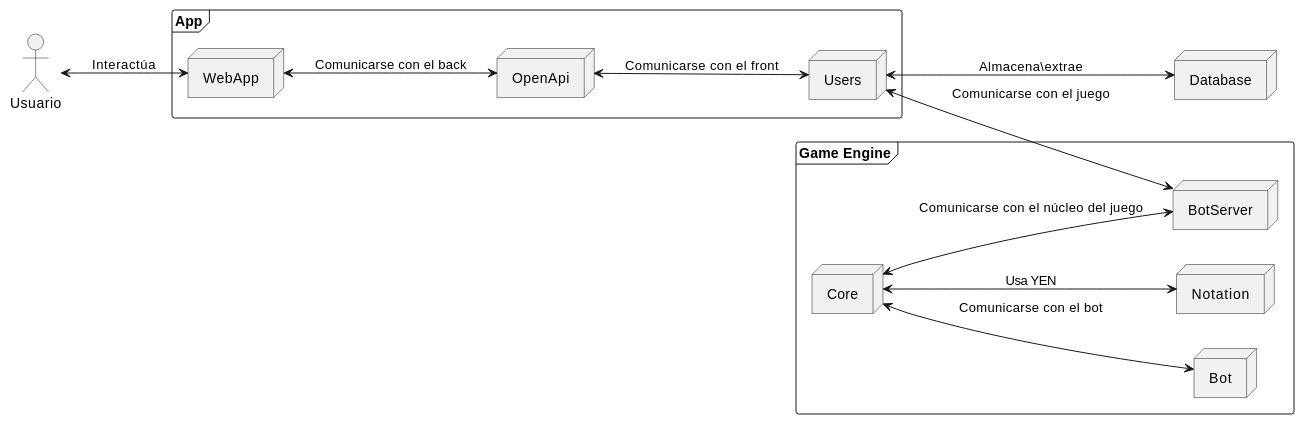
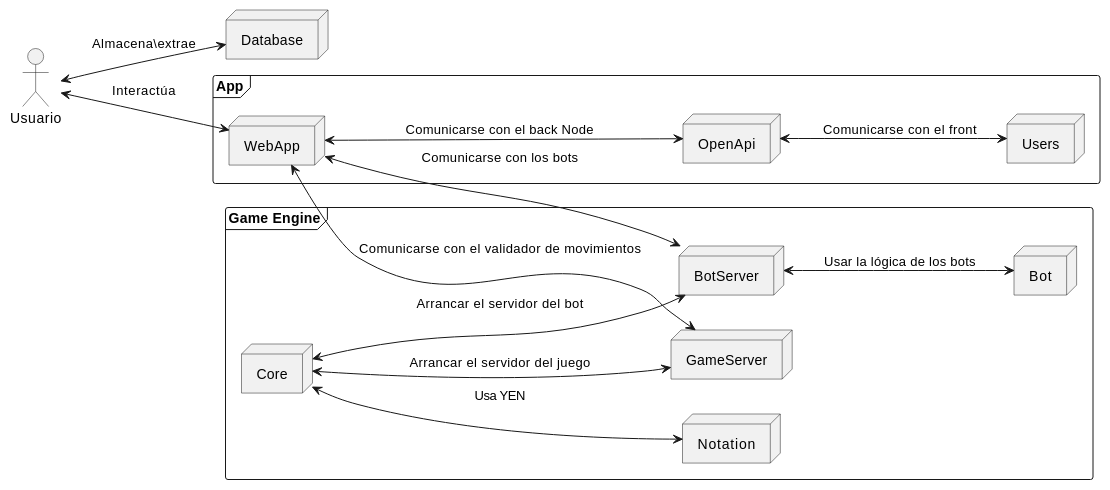
The second of 2 diagrams in docs/src/05_building_block_view.adoc (Arquisoft/yovi_es5a), drawn with PlantUML before and after one commit. The commit also changed other lines of this file and 1 other file, not shown here.

Commit message:
Correcciones de los puntos 5 y 7 de la doc

```diff
--- a/docs/src/05_building_block_view.adoc
+++ b/docs/src/05_building_block_view.adoc
@@ -150,35 +155,38 @@
 [plantuml,"Nivel 2",png]
 ----
 @startuml
 skinparam monochrome true
 left to right direction
 
 actor Usuario
 
 frame "App" {
   node "WebApp"
   node "OpenApi"
   node "Users"
 }
 
 node "Database"
 
 frame "Game Engine" {
   node "Bot"
   node "BotServer"
   node "Core"
   node "Notation"
+  node "GameServer"
 }
 
 "Usuario" <--> "WebApp" : Interactúa
-"WebApp" <--> "OpenApi" : Comunicarse con el back
+"WebApp" <--> "OpenApi" : Comunicarse con el back Node
 "OpenApi" <--> "Users" : Comunicarse con el front
 
-"Users" <--> "Database" : Almacena\extrae
-"Users" <--> "BotServer" : Comunicarse con el juego
+"Usuario" <--> "Database" : Almacena\extrae
+"WebApp" <--> "BotServer" : Comunicarse con los bots
+"WebApp" <--> "GameServer" : Comunicarse con el validador de movimientos
 "Core" <--> "Notation" : Usa YEN
-"Core" <--> "Bot" : Comunicarse con el bot
-"Core" <--> "BotServer" : Comunicarse con el núcleo del juego
+"BotServer" <--> "Bot" : Usar la lógica de los bots
+"Core" <--> "BotServer" : Arrancar el servidor del bot
+"Core" <--> "GameServer" : Arrancar el servidor del juego
 
 @enduml
 ----
```
